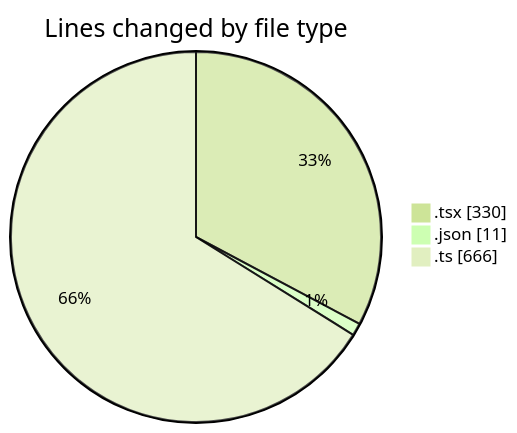
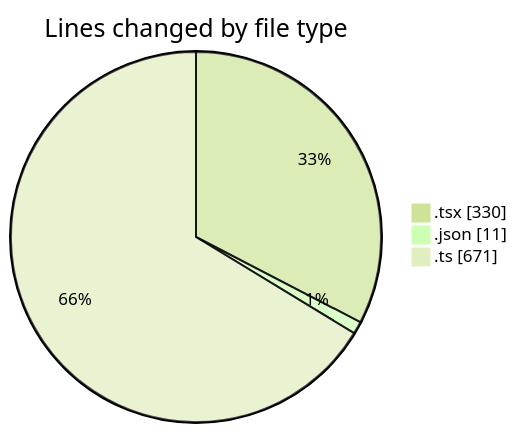
One commit to momahboobian/code-tracking changed the first of 2 diagrams in 2025-05-12/cda/README.md. Above: the diagram before and after it, drawn with Mermaid (forest theme). The commit also changed other lines of this file and 1 other file, not shown here.

````diff
--- a/2025-05-12/cda/README.md
+++ b/2025-05-12/cda/README.md
@@ -31,7 +31,7 @@
 ```mermaid
 pie showData
 title Lines changed by file type
 ".tsx" : 330
 ".json" : 11
-".ts" : 666
+".ts" : 671
 ```
````
